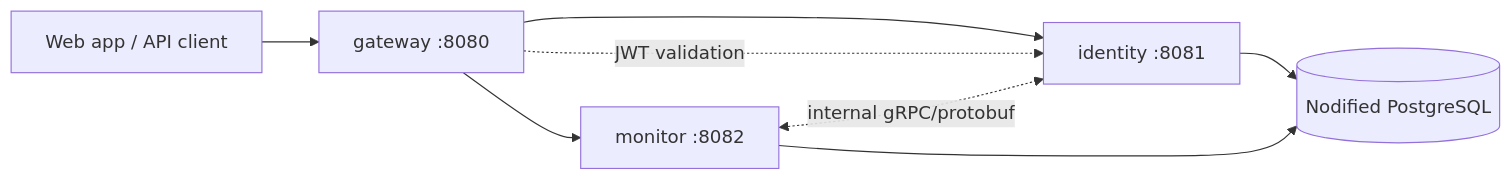
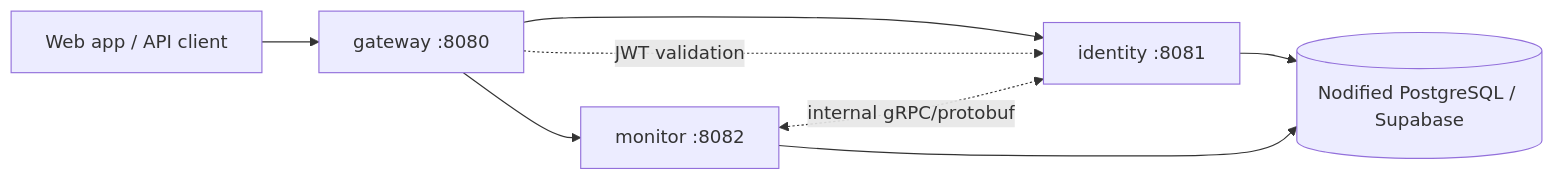
One commit to MrRohanBatra/nodified changed the diagram in README.md. Above: the diagram before and after it, drawn with Mermaid. The commit also changed other lines of this file and 18 other files, not shown here.

First line of the commit message:
feat(infra): isolate per-service db configuration, schemas, and docker compose deployment

````diff
--- a/README.md
+++ b/README.md
@@ -11,10 +11,10 @@
 ```mermaid
 flowchart LR
     Client[Web app / API client] --> Gateway[gateway :8080]
     Gateway --> Identity[identity :8081]
     Gateway --> Monitor[monitor :8082]
-    Identity --> Database[(Nodified PostgreSQL)]
+    Identity --> Database[(Nodified PostgreSQL / Supabase)]
     Monitor --> Database
     Gateway -. JWT validation .-> Identity
     Monitor <-. internal gRPC/protobuf .-> Identity
 ```
````
